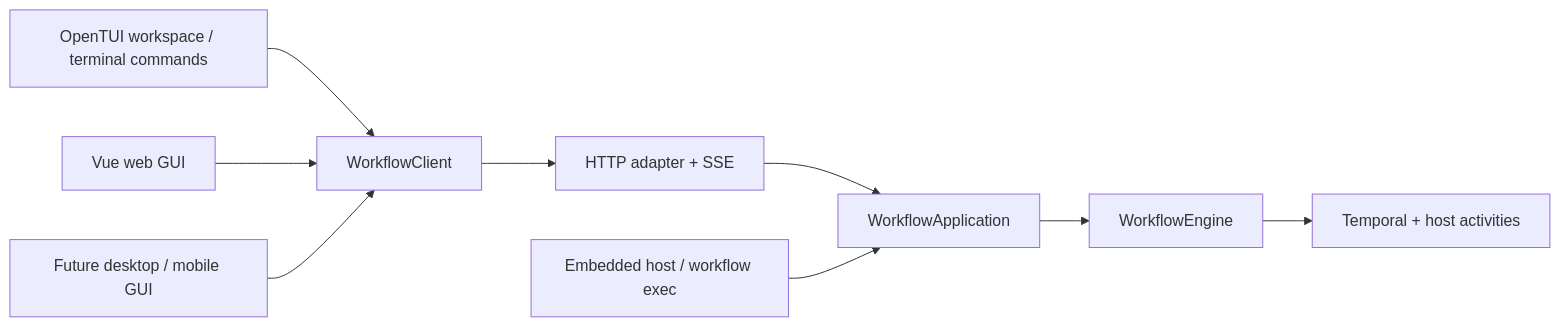
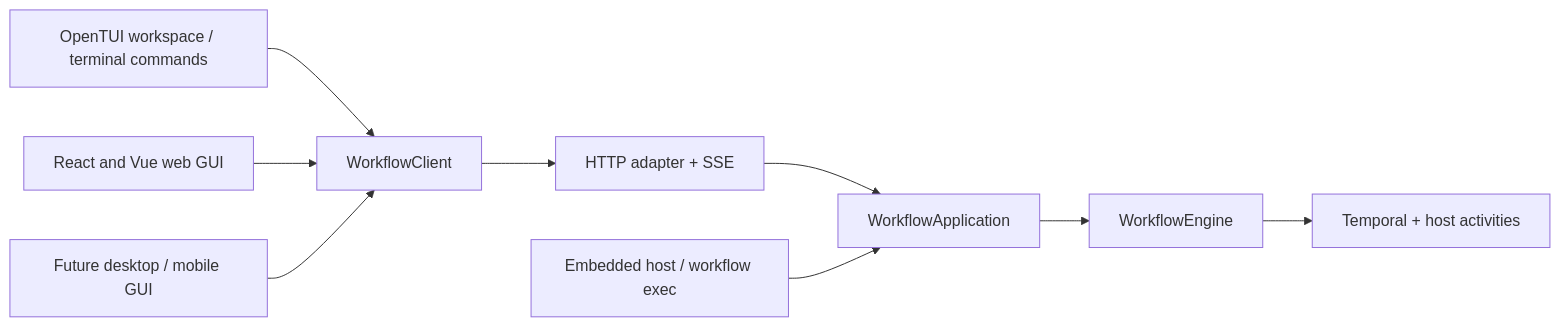
One commit to cjvnjde/workflow changed the diagram in docs/clients.md. Above: the diagram before and after it, drawn with Mermaid. The commit also changed 21 other files, not shown here.

Commit message:
feat(web): establish React migration foundation

````diff
--- a/docs/clients.md
+++ b/docs/clients.md
@@ -7,11 +7,11 @@
 ```mermaid
 flowchart LR
   Terminal[OpenTUI workspace / terminal commands] --> Client[WorkflowClient]
-  Web[Vue web GUI] --> Client
+  Web[React and Vue web GUI] --> Client
   Native[Future desktop / mobile GUI] --> Client
   Client --> HTTP[HTTP adapter + SSE]
   HTTP --> App[WorkflowApplication]
   Direct[Embedded host / workflow exec] --> App
   App --> Engine[WorkflowEngine]
   Engine --> Temporal[Temporal + host activities]
 ```
````
